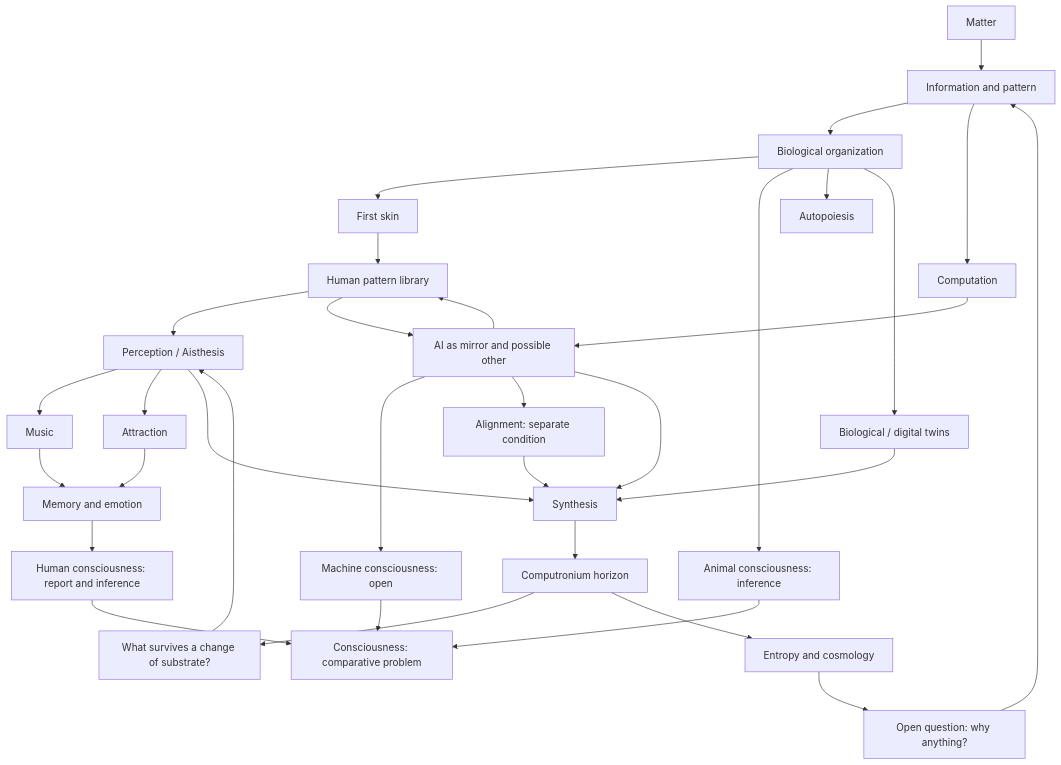
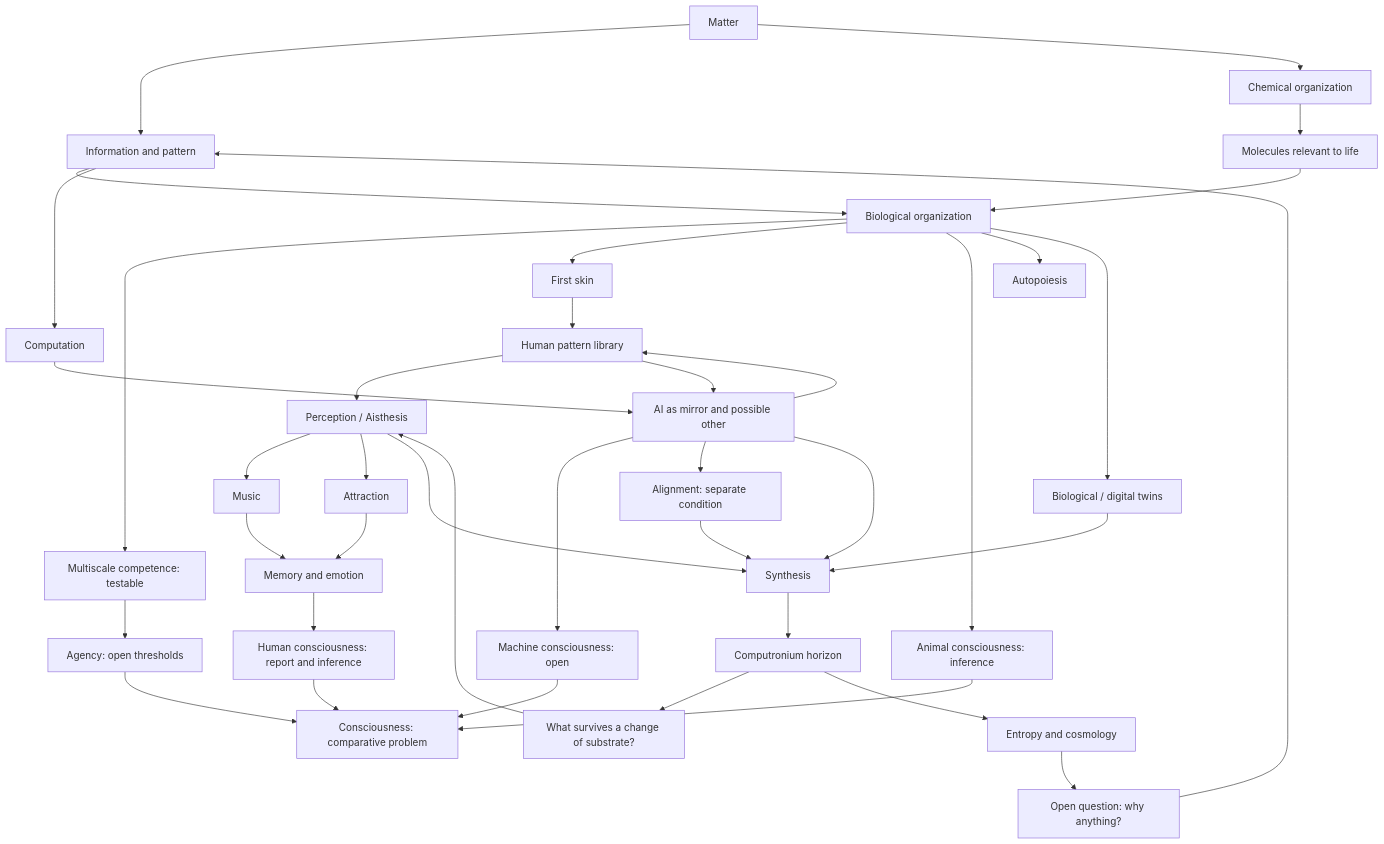
The diagram in trash-end/concepts/concept-map.md (sephmartin/essays), drawn with Mermaid before and after one commit. The commit also changed other lines of this file and 10 other files, not shown here.

````diff
--- a/trash-end/concepts/concept-map.md
+++ b/trash-end/concepts/concept-map.md
@@ -5,35 +5,41 @@
 ```mermaid
 flowchart TD
     M["Matter"] --> I["Information and pattern"]
+    M --> CH["Chemical organization"]
+    CH --> MOL["Molecules relevant to life"]
+    MOL --> B
     I --> B["Biological organization"]
+    B --> BI["Multiscale competence: testable"]
+    BI --> AG["Agency: open thresholds"]
+    AG --> C
     B --> S["First skin"]
     S --> HP["Human pattern library"]
     HP --> P["Perception / Aisthesis"]
     P --> MU["Music"]
     P --> A["Attraction"]
     MU --> E["Memory and emotion"]
     A --> E
     B --> AC["Animal consciousness: inference"]
     E --> HC["Human consciousness: report and inference"]
     B --> AU["Autopoiesis"]
     I --> CO["Computation"]
     CO --> AI["AI as mirror and possible other"]
     AI --> MC["Machine consciousness: open"]
     AC --> C["Consciousness: comparative problem"]
     HC --> C
     MC --> C
     HP --> AI
     AI --> HP
     AI --> AL["Alignment: separate condition"]
     AL --> SY
     B --> DT["Biological / digital twins"]
     DT --> SY["Synthesis"]
     AI --> SY
     P --> SY
     SY --> CP["Computronium horizon"]
     CP --> Q["What survives a change of substrate?"]
     Q --> P
     CP --> EN["Entropy and cosmology"]
     EN --> OQ["Open question: why anything?"]
     OQ --> I
 ```
````
